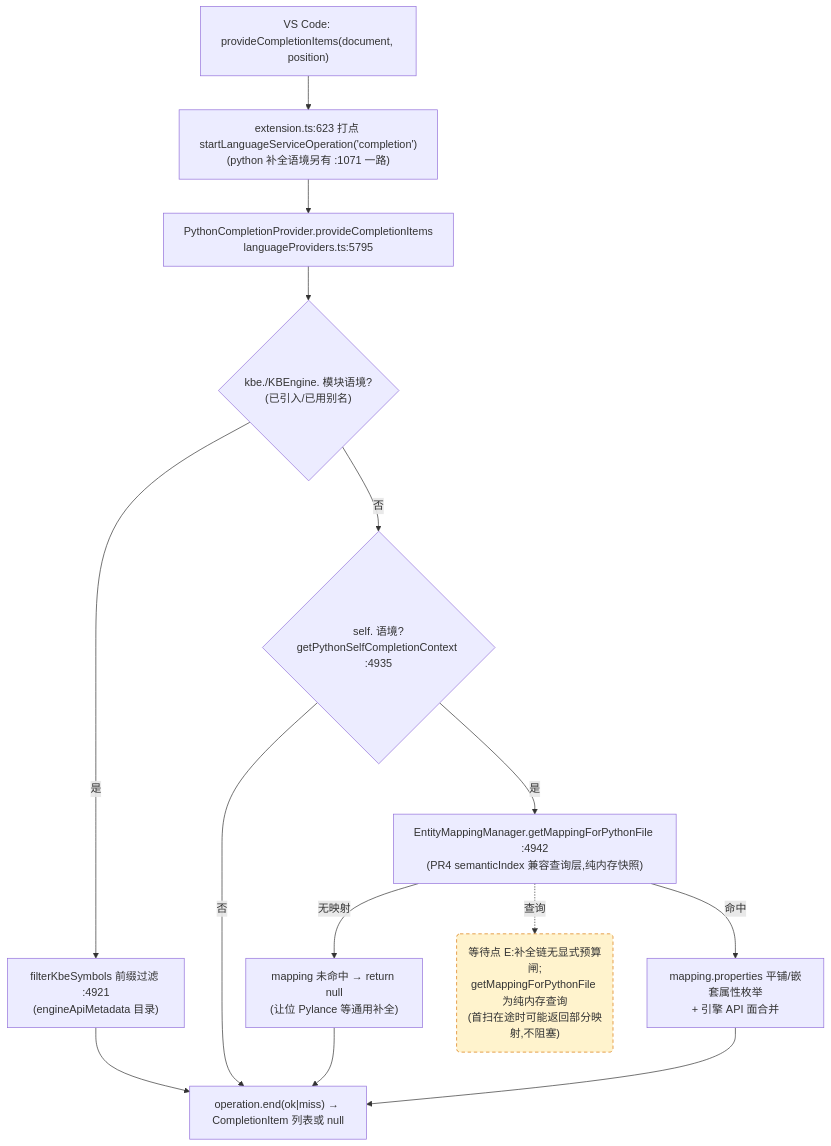
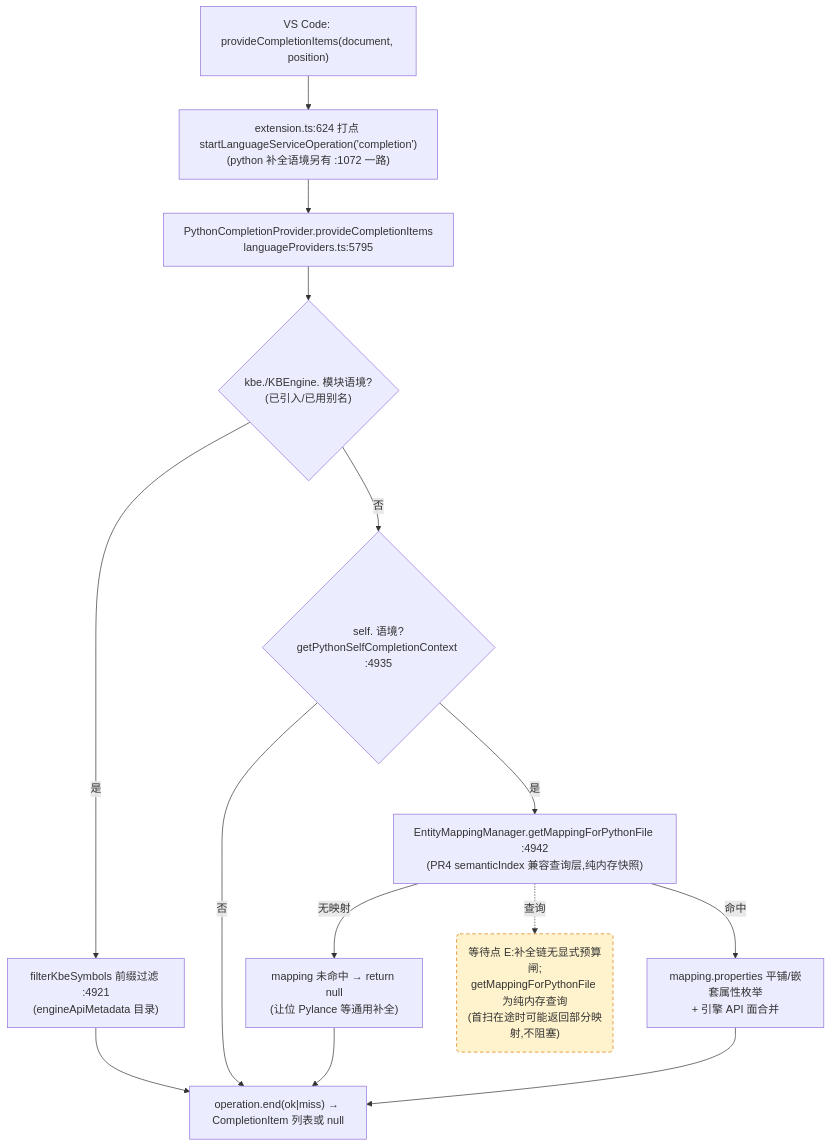
Before and after one commit to cuihairu/kode: the third of 4 diagrams in docs/perf/2026-baseline.md, drawn with Mermaid. The commit also changed other lines of this file and 13 other files, not shown here.

Commit message:
feat: add schema impact preview command

````diff
--- a/docs/perf/2026-baseline.md
+++ b/docs/perf/2026-baseline.md
@@ -184,27 +184,27 @@
 ```mermaid
 flowchart TD
   VC3["VS Code: provideCompletionItems(document, position)"]
-  M3["extension.ts:623 打点 startLanguageServiceOperation('completion')<br/>(python 补全语境另有 :1071 一路)"]
+  M3["extension.ts:624 打点 startLanguageServiceOperation('completion')<br/>(python 补全语境另有 :1072 一路)"]
   CP["PythonCompletionProvider.provideCompletionItems<br/>languageProviders.ts:5795"]
   KBEC{"kbe./KBEngine. 模块语境?<br/>(已引入/已用别名)"}
   FILTER["filterKbeSymbols 前缀过滤 :4921<br/>(engineApiMetadata 目录)"]
   SELFC{"self. 语境?<br/>getPythonSelfCompletionContext :4935"}
   MAP["EntityMappingManager.getMappingForPythonFile :4942<br/>(PR4 semanticIndex 兼容查询层,纯内存快照)"]
   NOMAP["mapping 未命中 → return null<br/>(让位 Pylance 等通用补全)"]
   PROPS["mapping.properties 平铺/嵌套属性枚举<br/>+ 引擎 API 面合并"]
   END3["operation.end(ok|miss) → CompletionItem 列表或 null"]
 
   VC3 --> M3 --> CP --> KBEC
   KBEC -- "是" --> FILTER --> END3
   KBEC -- "否" --> SELFC
   SELFC -- "否" --> END3
   SELFC -- "是" --> MAP
   MAP -- "无映射" --> NOMAP --> END3
   MAP -- "命中" --> PROPS --> END3
 
   WAITE("等待点 E:补全链无显式预算闸;<br/>getMappingForPythonFile 为纯内存查询<br/>(首扫在途时可能返回部分映射,不阻塞)")
   MAP -.->|查询| WAITE
 
   classDef waitPoint fill:#fff3cd,stroke:#d97706,stroke-dasharray:5 4;
   class WAITE waitPoint;
 ```
````
